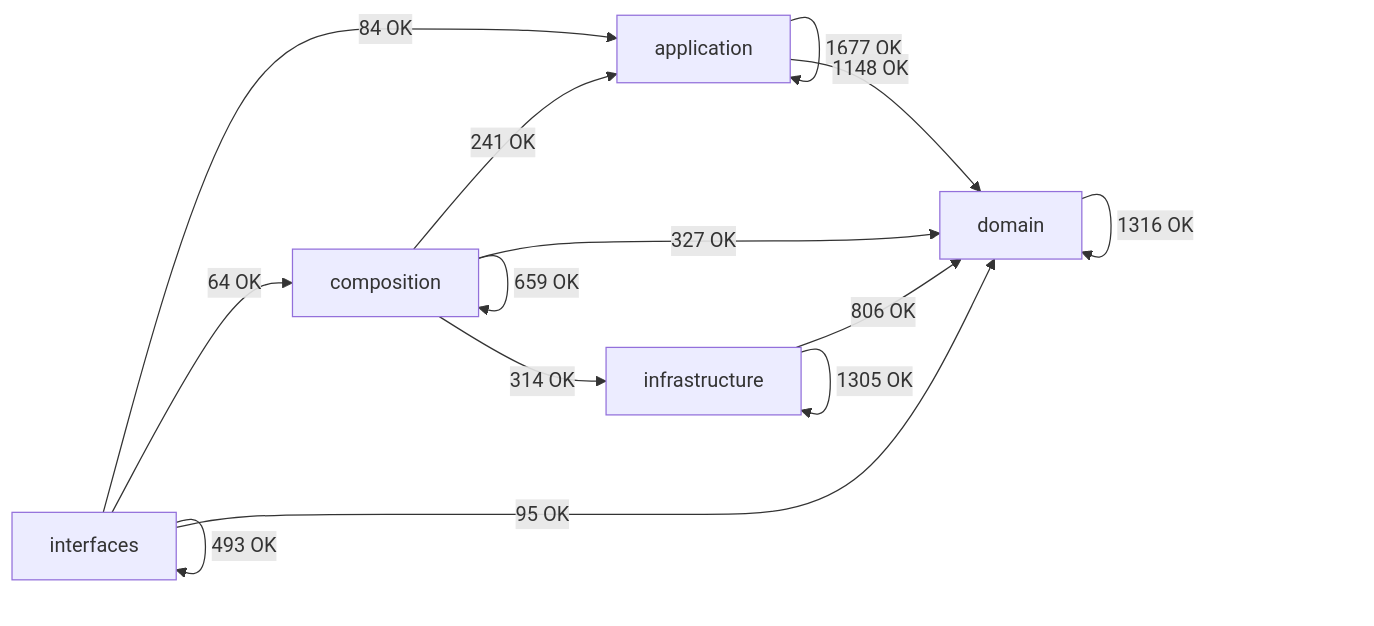
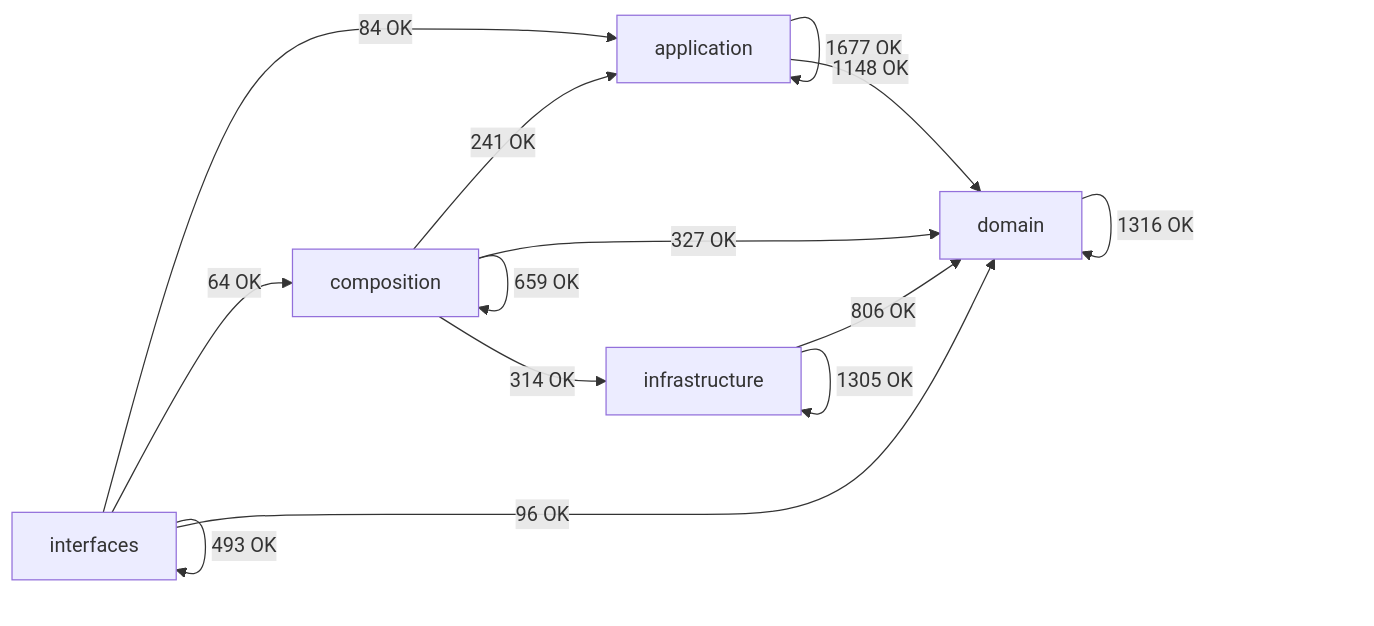
One commit to SatoryKono/BioactivityDataAcquisition changed the diagram in docs/02-architecture/generated/module-dependency-map.md. Above: the diagram before and after it, drawn with Mermaid. The commit also changed other lines of this file and 11 other files, not shown here.

````diff
--- a/docs/02-architecture/generated/module-dependency-map.md
+++ b/docs/02-architecture/generated/module-dependency-map.md
@@ -17,21 +17,21 @@
 ```mermaid
 flowchart LR
     domain[domain]
     application[application]
     infrastructure[infrastructure]
     composition[composition]
     interfaces[interfaces]
     application -->|1677 OK| application
     application -->|1148 OK| domain
     composition -->|241 OK| application
     composition -->|659 OK| composition
     composition -->|327 OK| domain
     composition -->|314 OK| infrastructure
     domain -->|1316 OK| domain
     infrastructure -->|806 OK| domain
     infrastructure -->|1305 OK| infrastructure
     interfaces -->|84 OK| application
     interfaces -->|64 OK| composition
-    interfaces -->|95 OK| domain
+    interfaces -->|96 OK| domain
     interfaces -->|493 OK| interfaces
 ```
````
